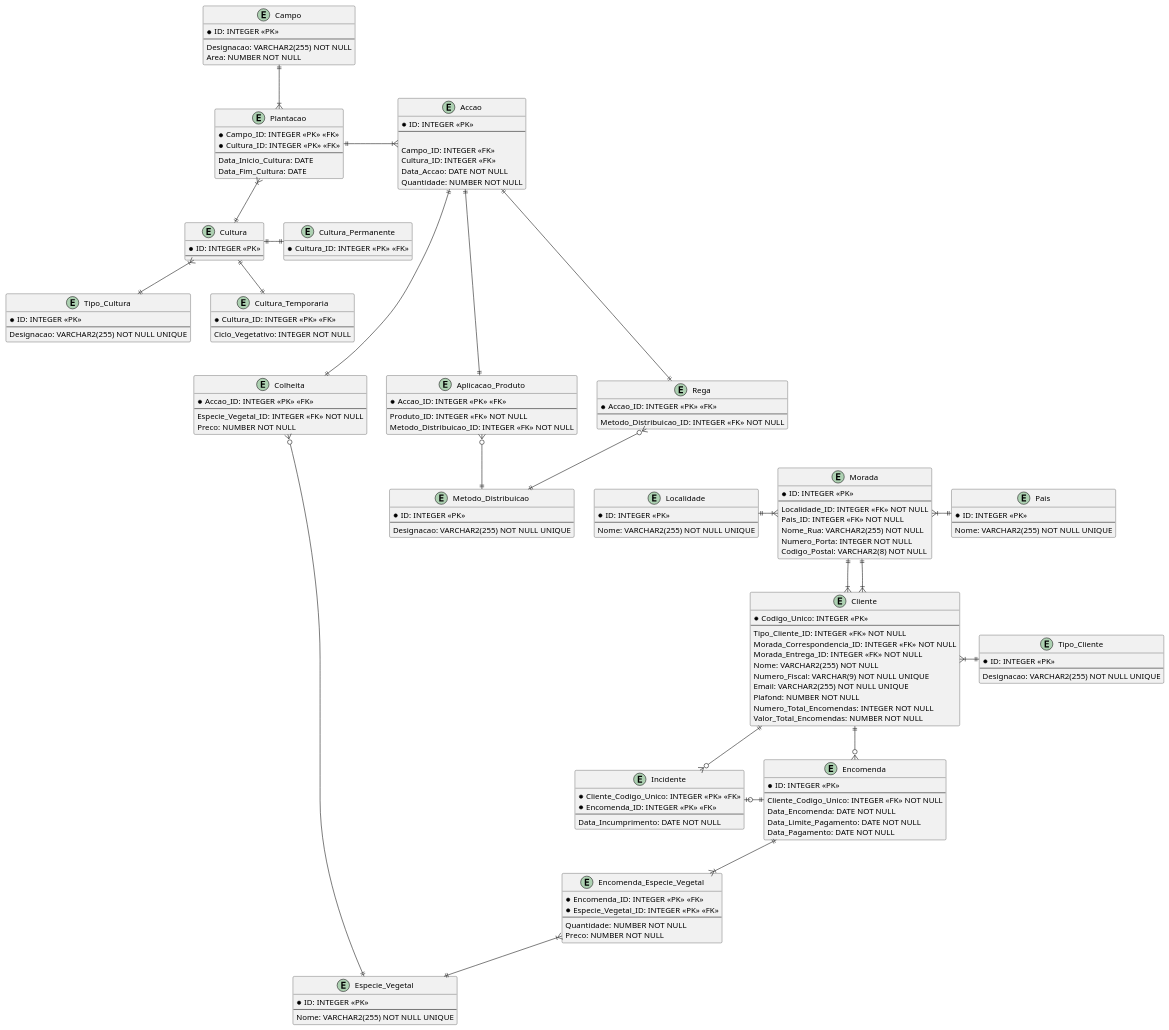
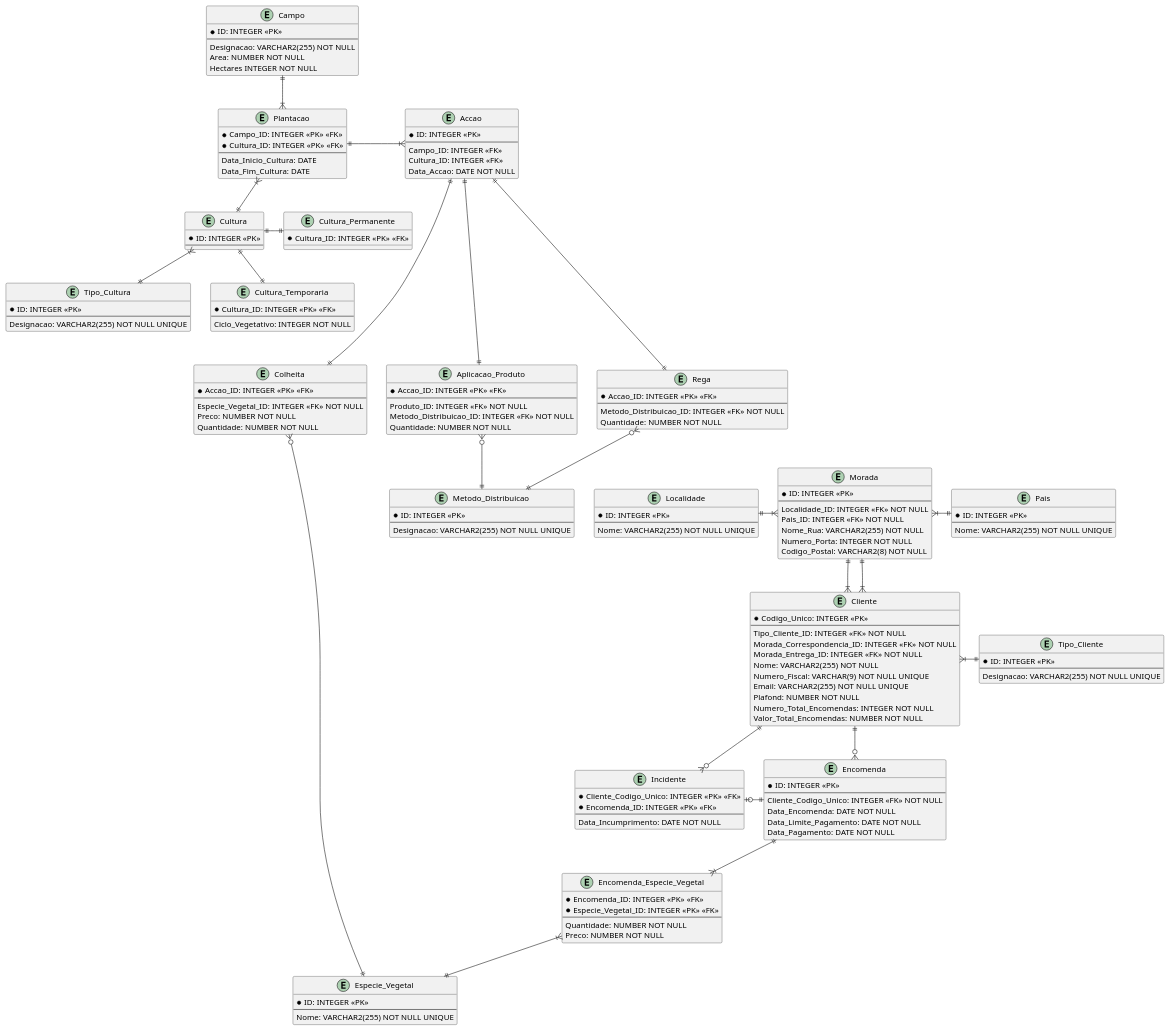
One commit to Mendoncaa/LAPR3 changed the diagram in BDDAD/Quinta-Finanças.puml. Above: the diagram before and after it, drawn with PlantUML. The commit also changed 1 other file, not shown here.

```diff
--- a/BDDAD/Quinta-Finanças.puml
+++ b/BDDAD/Quinta-Finanças.puml
@@ -9,6 +9,7 @@
     --
     Designacao: VARCHAR2(255) NOT NULL
     Area: NUMBER NOT NULL
+    Hectares INTEGER NOT NULL
 }
 
 /'Triggers:-
@@ -129,11 +130,9 @@
 entity Accao {
     * ID: INTEGER <<PK>>
     --
-
     Campo_ID: INTEGER <<FK>>
     Cultura_ID: INTEGER <<FK>>
     Data_Accao: DATE NOT NULL
-    Quantidade: NUMBER NOT NULL
 }
 
 entity Metodo_Distribuicao {
@@ -146,6 +145,7 @@
     * Accao_ID: INTEGER <<PK>> <<FK>>
     --
     Metodo_Distribuicao_ID: INTEGER <<FK>> NOT NULL
+    Quantidade: NUMBER NOT NULL
 }
 
 entity Aplicacao_Produto {
@@ -153,6 +153,7 @@
     --
     Produto_ID: INTEGER <<FK>> NOT NULL
     Metodo_Distribuicao_ID: INTEGER <<FK>> NOT NULL
+    Quantidade: NUMBER NOT NULL
 }
 
 entity Colheita {
@@ -160,6 +161,7 @@
     --
     Especie_Vegetal_ID: INTEGER <<FK>> NOT NULL
     Preco: NUMBER NOT NULL
+    Quantidade: NUMBER NOT NULL
 }
 
 Campo ||-d-|{ Plantacao
```
